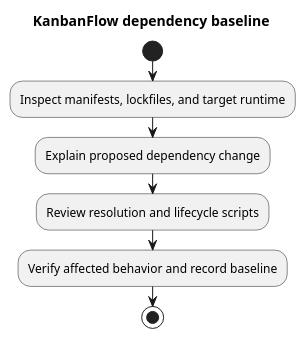
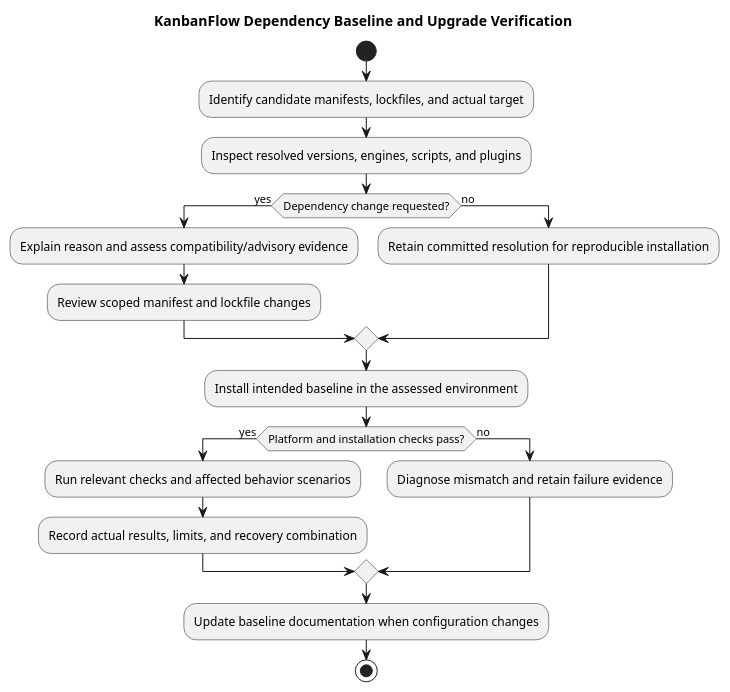
One commit to Farhad-Valizadegan/Web-KanbanFlow changed the diagram in docs/SDLC/05-implementation/dependency-baseline.md. Above: the diagram before and after it, drawn with PlantUML. The commit also changed other lines of this file and 2 other files, not shown here.

Commit message:
docs: complete dependency baseline and upgrade verification guidance

````diff
--- a/docs/SDLC/05-implementation/dependency-baseline.md
+++ b/docs/SDLC/05-implementation/dependency-baseline.md
@@ -38,11 +85,23 @@
 ```plantuml
 @startuml
-title KanbanFlow dependency baseline
+title KanbanFlow Dependency Baseline and Upgrade Verification
 start
-:Inspect manifests, lockfiles, and target runtime;
-:Explain proposed dependency change;
-:Review resolution and lifecycle scripts;
-:Verify affected behavior and record baseline;
+:Identify candidate manifests, lockfiles, and actual target;
+:Inspect resolved versions, engines, scripts, and plugins;
+if (Dependency change requested?) then (yes)
+ :Explain reason and assess compatibility/advisory evidence;
+ :Review scoped manifest and lockfile changes;
+else (no)
+ :Retain committed resolution for reproducible installation;
+endif
+:Install intended baseline in the assessed environment;
+if (Platform and installation checks pass?) then (yes)
+ :Run relevant checks and affected behavior scenarios;
+ :Record actual results, limits, and recovery combination;
+else (no)
+ :Diagnose mismatch and retain failure evidence;
+endif
+:Update baseline documentation when configuration changes;
 stop
 @enduml
 ```
````
